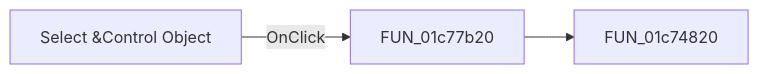
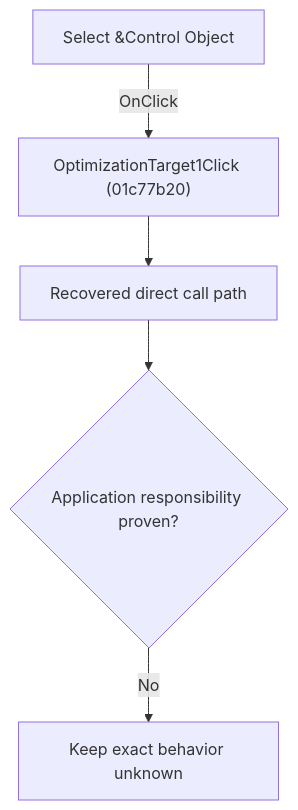
One commit to MovGP0/TIARA changed the diagram in docs/ui-controls/schematiceditor/optimizationtarget1-152c5a7580.md. Above: the diagram before and after it, drawn with Mermaid. The commit also changed other lines of this file and 1062 other files, not shown here.

````diff
--- a/docs/ui-controls/schematiceditor/optimizationtarget1-152c5a7580.md
+++ b/docs/ui-controls/schematiceditor/optimizationtarget1-152c5a7580.md
@@ -27,5 +27,7 @@
 ```mermaid
-flowchart LR
-    control["Select &Control Object"] -->|OnClick| handler["FUN_01c77b20"]
-    handler --> call1["FUN_01c74820"]
+flowchart TD
+    control["Select &Control Object"] -->|"OnClick"| handler["OptimizationTarget1Click (01c77b20)"]
+    handler --> recovered["Recovered direct call path"]
+    recovered --> gap{"Application responsibility proven?"}
+    gap -->|"No"| blocked["Keep exact behavior unknown"]
 ```
````
